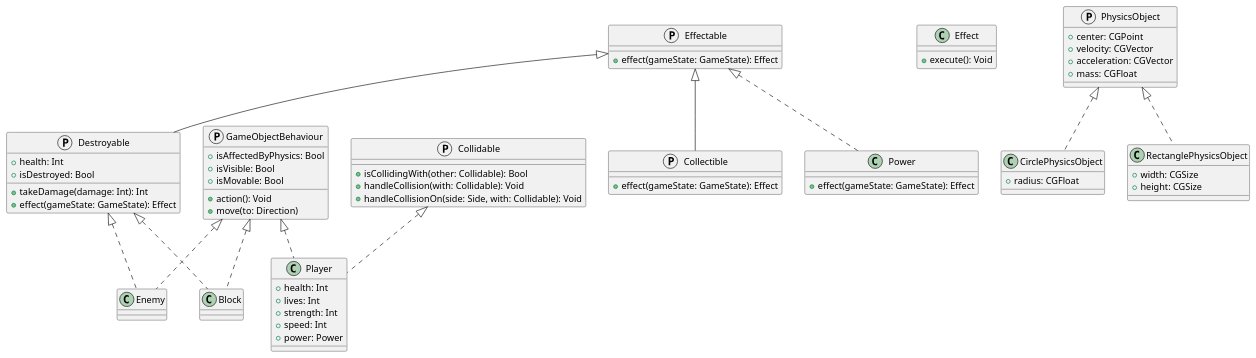
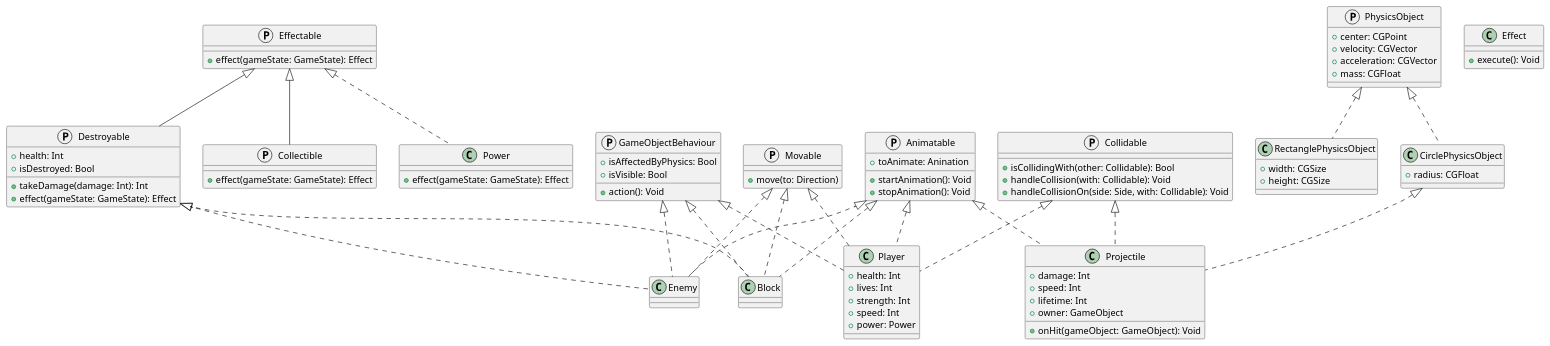
Before and after one commit to JCSnap/cs3217-sample-architecture: the diagram in plantuml/architecture.puml, drawn with PlantUML. The commit also changed 1 other file, not shown here.

Commit message:
update architecture to include animatable and movable

```diff
--- a/plantuml/architecture.puml
+++ b/plantuml/architecture.puml
@@ -1,71 +1,87 @@
 @startuml
 
 protocol Effectable {
     +effect(gameState: GameState): Effect
 }
+
+protocol Animatable {
+    +toAnimate: Anination
+    +startAnimation(): Void
+    +stopAnimation(): Void
+}
+
 protocol Destroyable extends Effectable {
     +health: Int
     +isDestroyed: Bool
     +takeDamage(damage: Int): Int
     +effect(gameState: GameState): Effect
 }
 
 protocol Collidable {
     +isCollidingWith(other: Collidable): Bool
     +handleCollision(with: Collidable): Void
     +handleCollisionOn(side: Side, with: Collidable): Void
 }
 
+protocol Movable {
+    +move(to: Direction)
+}
+
 protocol Collectible extends Effectable {
     +effect(gameState: GameState): Effect
 }
 
 protocol GameObjectBehaviour {
     +isAffectedByPhysics: Bool
     +isVisible: Bool
-    +isMovable: Bool
 
     +action(): Void
-    +move(to: Direction)
 }
 
 class Power implements Effectable {
     +effect(gameState: GameState): Effect
 }
 
-class Enemy implements Destroyable, GameObjectBehaviour {
+class Enemy implements Destroyable, GameObjectBehaviour, Movable, Animatable {
 }
 
-class Block implements Destroyable, GameObjectBehaviour {
+class Block implements Destroyable, GameObjectBehaviour, Movable, Animatable {
 }
 
 class Effect {
     +execute(): Void
 }
 
-class Player implements GameObjectBehaviour, Collidable {
+class Player implements GameObjectBehaviour, Collidable, Movable, Animatable {
     +health: Int
     +lives: Int
     +strength: Int
     +speed: Int
     +power: Power
+}
+
+class Projectile implements CirclePhysicsObject, Collidable, Animatable {
+    +damage: Int
+    +speed: Int
+    +lifetime: Int
+    +owner: GameObject
+    +onHit(gameObject: GameObject): Void
 }
 
 protocol PhysicsObject {
     +center: CGPoint
     +velocity: CGVector
     +acceleration: CGVector
     +mass: CGFloat
 }
 
 class CirclePhysicsObject implements PhysicsObject {
     +radius: CGFloat
 }
 
 class RectanglePhysicsObject implements PhysicsObject {
     +width: CGSize
     +height: CGSize
 }
 
-
 @enduml
```
